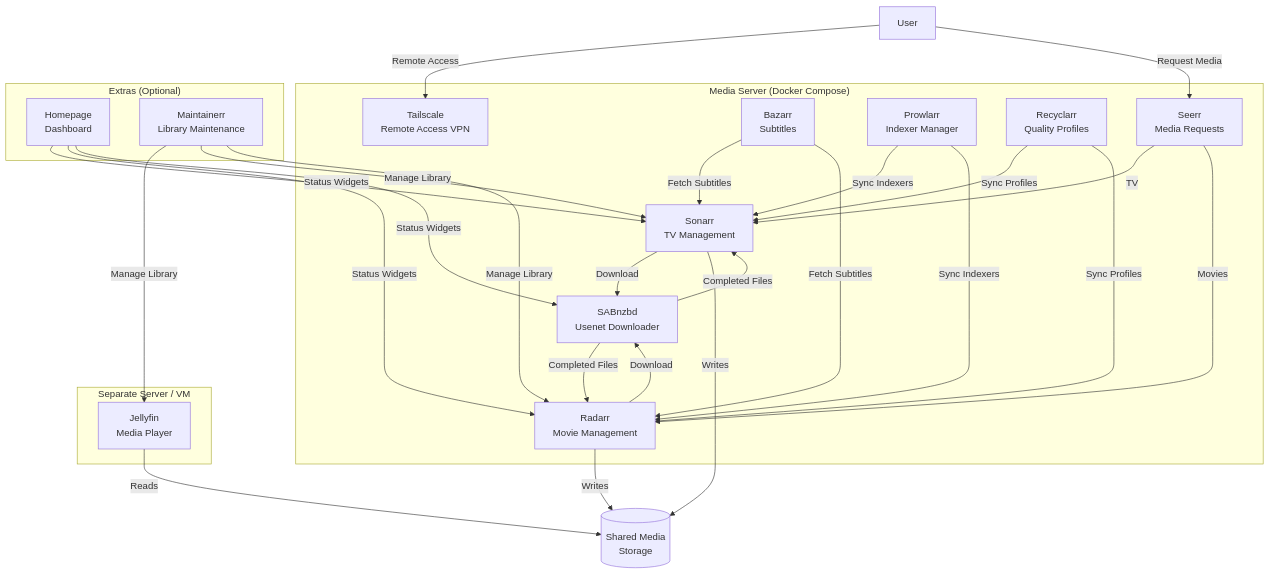
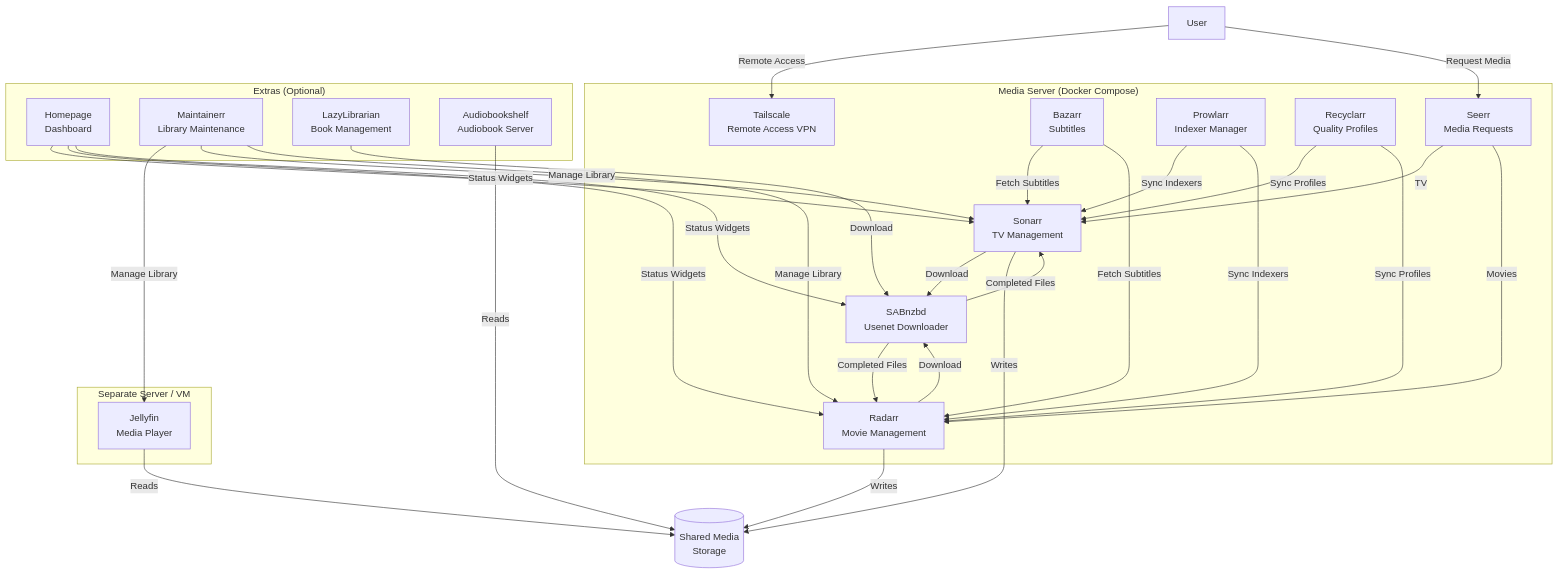
Before and after one commit to bcanfield/docker-media-server: the diagram in README.md, drawn with Mermaid. The commit also changed other lines of this file and 13 other files, not shown here.

````diff
--- a/README.md
+++ b/README.md
@@ -13,46 +13,50 @@
 ```mermaid
 graph TD
     subgraph Media Server ["Media Server (Docker Compose)"]
         Seerr["Seerr<br>Media Requests"]
         Sonarr["Sonarr<br>TV Management"]
         Radarr["Radarr<br>Movie Management"]
         SABnzbd["SABnzbd<br>Usenet Downloader"]
         Bazarr["Bazarr<br>Subtitles"]
         Prowlarr["Prowlarr<br>Indexer Manager"]
         Recyclarr["Recyclarr<br>Quality Profiles"]
         Tailscale["Tailscale<br>Remote Access VPN"]
     end
 
     subgraph Extras ["Extras (Optional)"]
         Homepage["Homepage<br>Dashboard"]
         Maintainerr["Maintainerr<br>Library Maintenance"]
+        LazyLibrarian["LazyLibrarian<br>Book Management"]
+        Audiobookshelf["Audiobookshelf<br>Audiobook Server"]
     end
 
     subgraph Playback ["Separate Server / VM"]
         Jellyfin["Jellyfin<br>Media Player"]
     end
 
     User -->|Remote Access| Tailscale
     User -->|Request Media| Seerr
     Seerr -->|TV| Sonarr
     Seerr -->|Movies| Radarr
     Sonarr -->|Download| SABnzbd
     Radarr -->|Download| SABnzbd
     SABnzbd -->|Completed Files| Sonarr
     SABnzbd -->|Completed Files| Radarr
     Bazarr -->|Fetch Subtitles| Sonarr
     Bazarr -->|Fetch Subtitles| Radarr
     Prowlarr -->|Sync Indexers| Sonarr
     Prowlarr -->|Sync Indexers| Radarr
     Recyclarr -->|Sync Profiles| Sonarr
     Recyclarr -->|Sync Profiles| Radarr
     Homepage -->|Status Widgets| Sonarr
     Homepage -->|Status Widgets| Radarr
     Homepage -->|Status Widgets| SABnzbd
     Maintainerr -->|Manage Library| Jellyfin
     Maintainerr -->|Manage Library| Sonarr
     Maintainerr -->|Manage Library| Radarr
+    LazyLibrarian -->|Download| SABnzbd
+    Audiobookshelf -->|Reads| MediaStorage
     Jellyfin -->|Reads| MediaStorage[("Shared Media<br>Storage")]
     Sonarr -->|Writes| MediaStorage
     Radarr -->|Writes| MediaStorage
 ```
````
